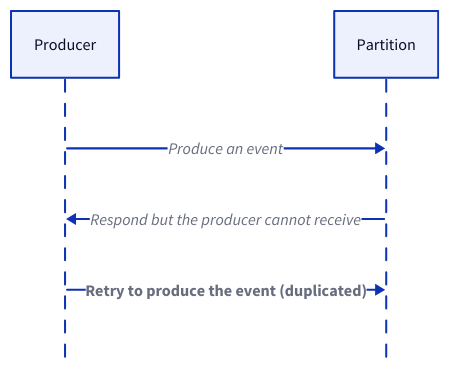
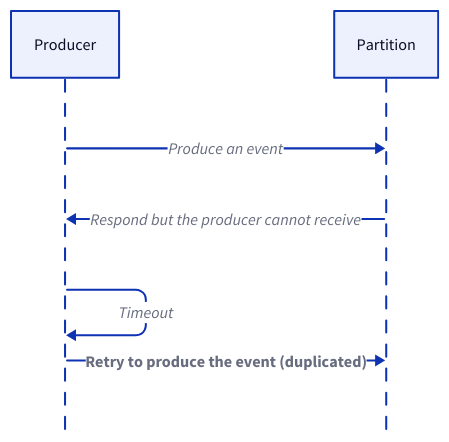
One commit to link1905/system-design-101 changed the sixth of 14 diagrams in content/docs/data-persistence/event-streaming-platform/delivery-semantics.md. Above: the diagram before and after it, drawn with D2. The commit also changed other lines of this file and 49 other files, not shown here.

````diff
--- a/content/docs/data-persistence/event-streaming-platform/delivery-semantics.md
+++ b/content/docs/data-persistence/event-streaming-platform/delivery-semantics.md
@@ -150,16 +151,17 @@
 ```d2
 shape: sequence_diagram
 p: Producer {
     class: server
 }
 q: Partition {
     class: mq
 }
 p -> q: Produce an event
 q -> p: Respond but the producer cannot receive {
     class: error-conn
 }
+p -> p: Timeout
 p --> q: Retry to produce the event (duplicated) {
   style.bold: true
 }
 ```
````
